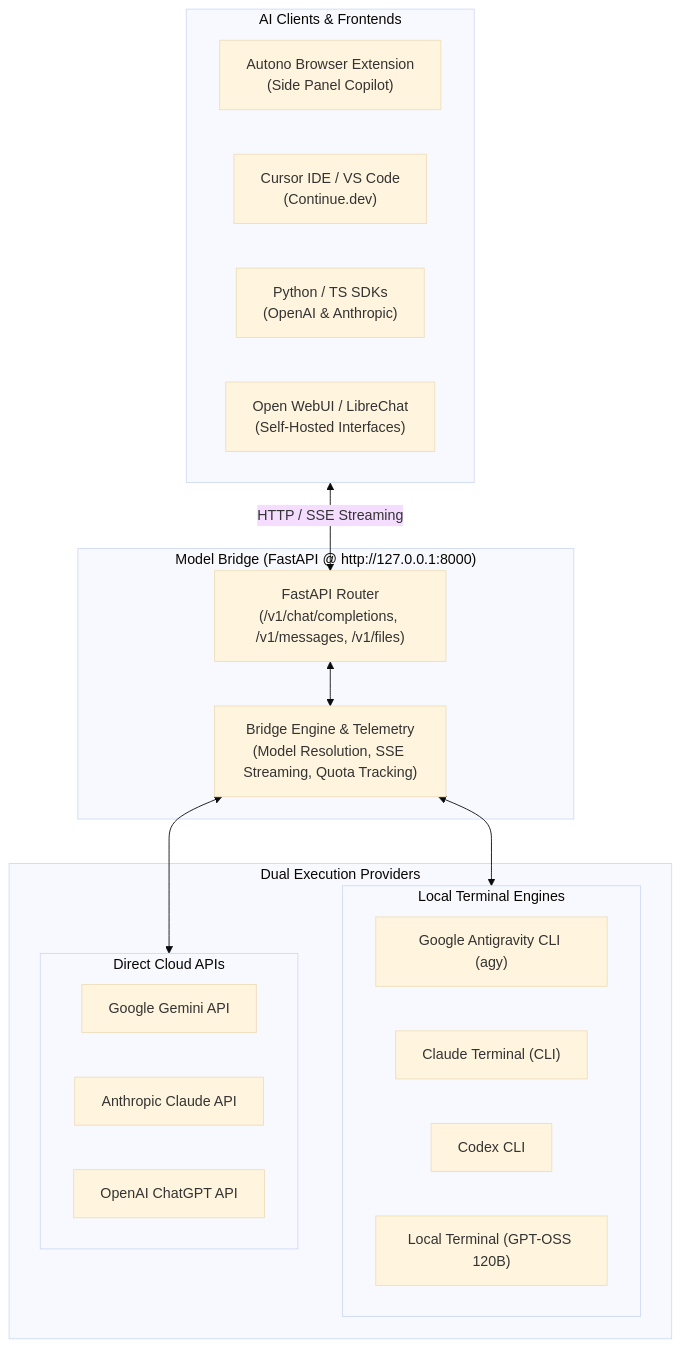
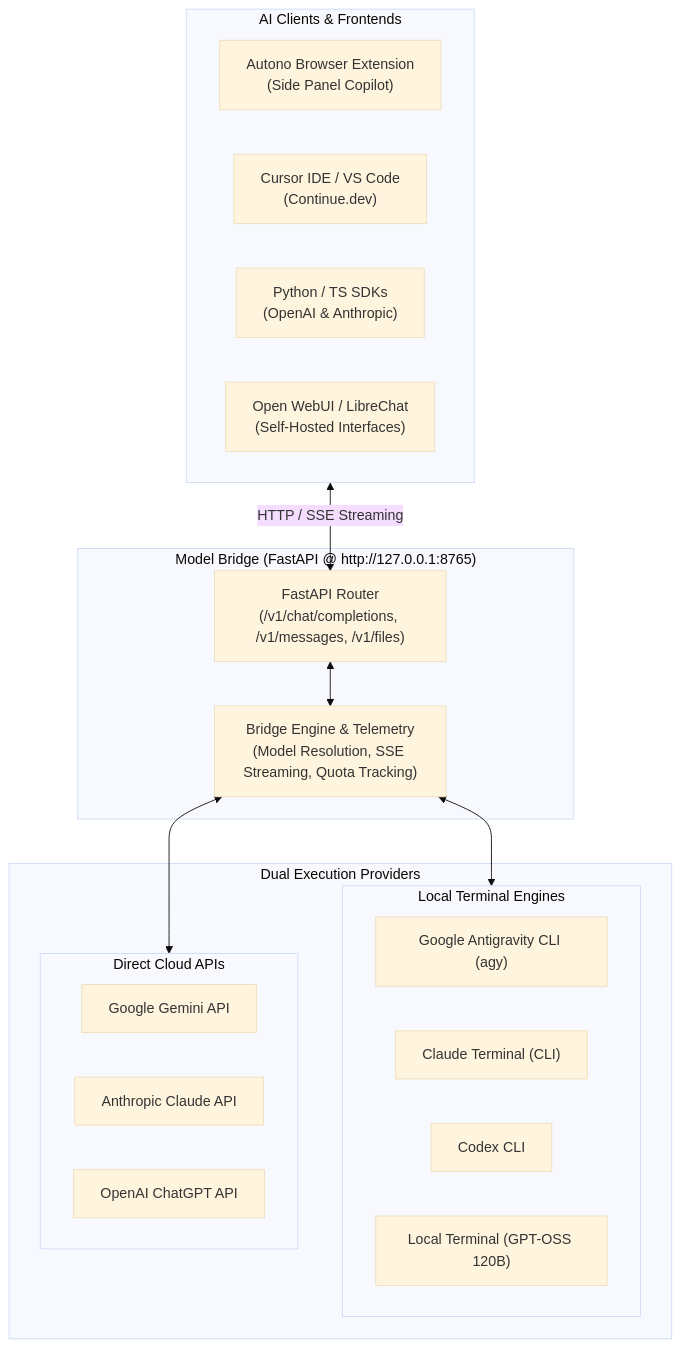
Before and after one commit to MatiasV3B/ModelBridge: the diagram in README.md, drawn with Mermaid (base theme). The commit also changed other lines of this file and 17 other files, not shown here.

````diff
--- a/README.md
+++ b/README.md
@@ -43,33 +43,33 @@
 ```mermaid
 flowchart TD
     subgraph Clients ["AI Clients & Frontends"]
         Autono["Autono Browser Extension\n(Side Panel Copilot)"]
         Cursor["Cursor IDE / VS Code\n(Continue.dev)"]
         SDK["Python / TS SDKs\n(OpenAI & Anthropic)"]
         WebUI["Open WebUI / LibreChat\n(Self-Hosted Interfaces)"]
     end
 
-    subgraph Bridge ["Model Bridge (FastAPI @ http://127.0.0.1:8000)"]
+    subgraph Bridge ["Model Bridge (FastAPI @ http://127.0.0.1:8765)"]
         Router["FastAPI Router\n(/v1/chat/completions, /v1/messages, /v1/files)"]
         Engine["Bridge Engine & Telemetry\n(Model Resolution, SSE Streaming, Quota Tracking)"]
         Router <--> Engine
     end
 
     subgraph Engines ["Dual Execution Providers"]
         subgraph TerminalEngines ["Local Terminal Engines"]
             AgyCLI["Google Antigravity CLI (agy)"]
             ClaudeCLI["Claude Terminal (CLI)"]
             CodexCLI["Codex CLI"]
             LocalWeights["Local Terminal (GPT-OSS 120B)"]
         end
         subgraph DirectAPIs ["Direct Cloud APIs"]
             GeminiAPI["Google Gemini API"]
             AnthropicAPI["Anthropic Claude API"]
             OpenAIAPI["OpenAI ChatGPT API"]
         end
     end
 
     Clients <-->|HTTP / SSE Streaming| Router
     Engine <--> TerminalEngines
     Engine <--> DirectAPIs
 ```
````
